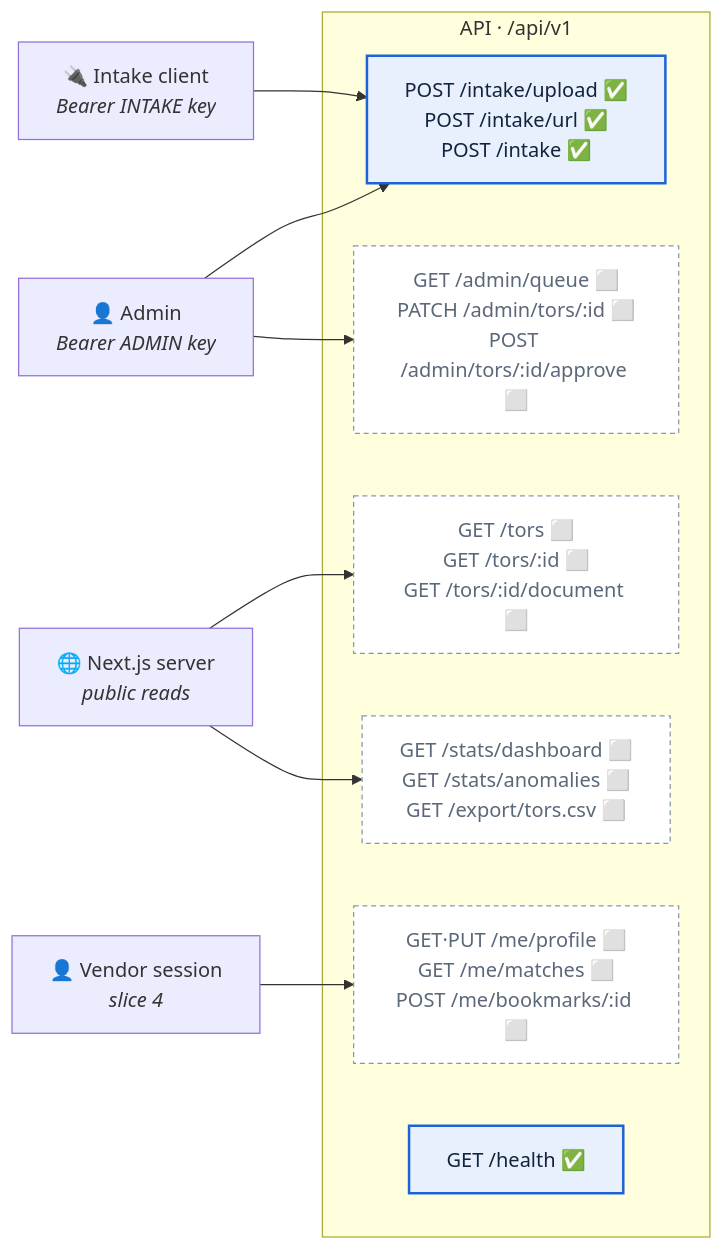
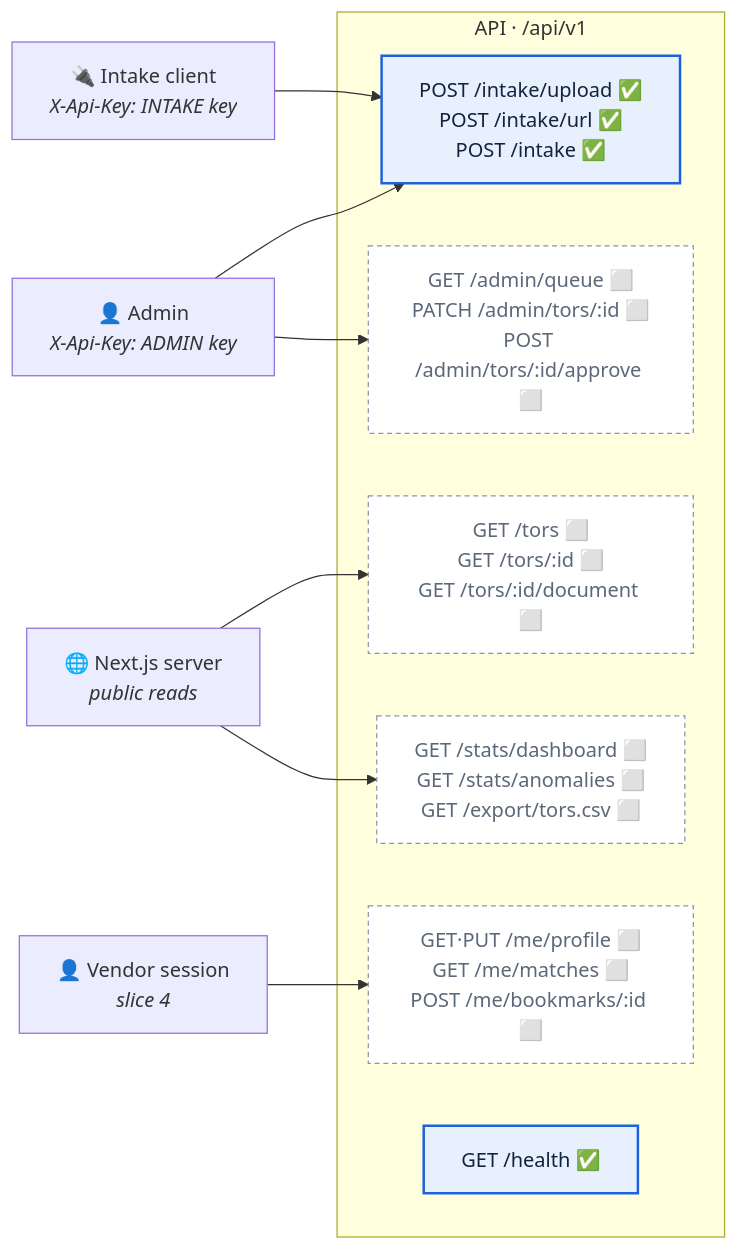
One commit to TORMomentum/Momentum changed the first of 2 diagrams in docs/API.md. Above: the diagram before and after it, drawn with Mermaid. The commit also changed other lines of this file and 9 other files, not shown here.

````diff
--- a/docs/API.md
+++ b/docs/API.md
@@ -19,28 +19,28 @@
 ```mermaid
 flowchart LR
-    admin["👤 Admin<br/><i>Bearer ADMIN key</i>"]
-    partner["🔌 Intake client<br/><i>Bearer INTAKE key</i>"]
+    admin["👤 Admin<br/><i>X-Api-Key: ADMIN key</i>"]
+    partner["🔌 Intake client<br/><i>X-Api-Key: INTAKE key</i>"]
     web["🌐 Next.js server<br/><i>public reads</i>"]
     vendor["👤 Vendor session<br/><i>slice 4</i>"]
 
     subgraph api["API · /api/v1"]
         intake["POST /intake/upload ✅<br/>POST /intake/url ✅<br/>POST /intake ✅"]
         read["GET /tors ⬜<br/>GET /tors/:id ⬜<br/>GET /tors/:id/document ⬜"]
         stats["GET /stats/dashboard ⬜<br/>GET /stats/anomalies ⬜<br/>GET /export/tors.csv ⬜"]
         me["GET·PUT /me/profile ⬜<br/>GET /me/matches ⬜<br/>POST /me/bookmarks/:id ⬜"]
         adminq["GET /admin/queue ⬜<br/>PATCH /admin/tors/:id ⬜<br/>POST /admin/tors/:id/approve ⬜"]
         health["GET /health ✅"]
     end
 
     admin --> intake
     admin --> adminq
     partner --> intake
     web --> read
     web --> stats
     vendor --> me
 
     classDef built fill:#e8f0fe,stroke:#1d63d8,color:#12233c,stroke-width:2px
     classDef planned fill:#fff,stroke:#8896ad,color:#5b6879,stroke-dasharray:4 3
     class intake,health built
     class read,stats,me,adminq planned
 ```
````
